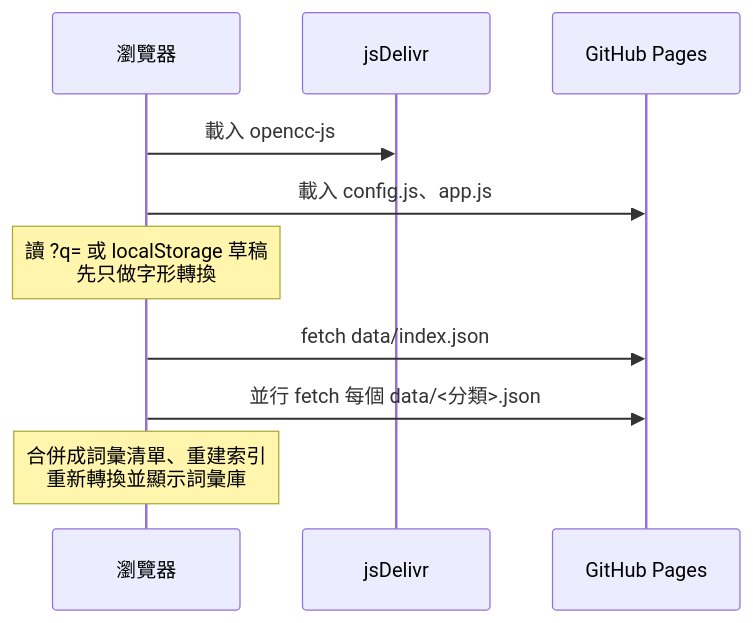
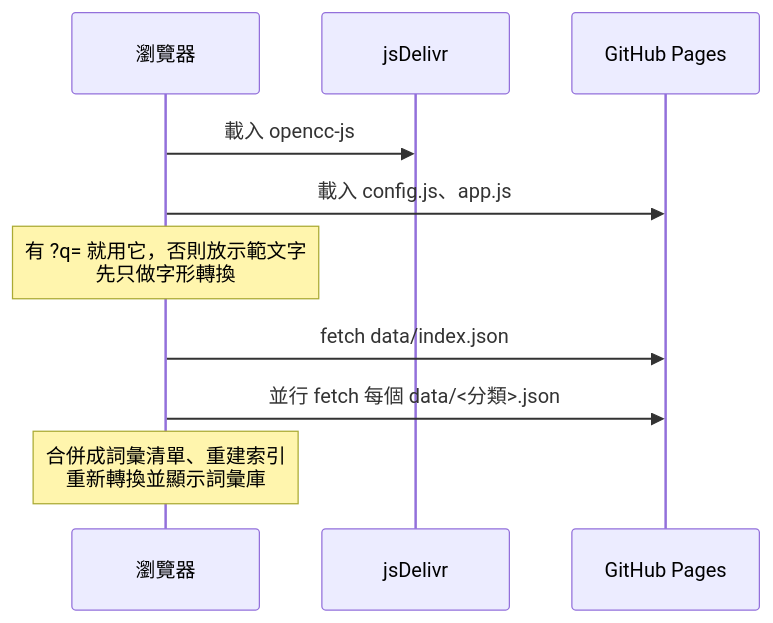
The third of 4 diagrams in docs/ARCHITECTURE.md (Zhang-RenWen/cn-tw-terms), drawn with Mermaid before and after one commit. The commit also changed other lines of this file and 2 other files, not shown here.

````diff
--- a/docs/ARCHITECTURE.md
+++ b/docs/ARCHITECTURE.md
@@ -121,12 +118,12 @@
 ```mermaid
 sequenceDiagram
   participant B as 瀏覽器
   participant CDN as jsDelivr
   participant P as GitHub Pages
   B->>CDN: 載入 opencc-js
   B->>P: 載入 config.js、app.js
-  Note over B: 讀 ?q= 或 localStorage 草稿<br/>先只做字形轉換
+  Note over B: 有 ?q= 就用它，否則放示範文字<br/>先只做字形轉換
   B->>P: fetch data/index.json
   B->>P: 並行 fetch 每個 data/<分類>.json
   Note over B: 合併成詞彙清單、重建索引<br/>重新轉換並顯示詞彙庫
 ```
````
